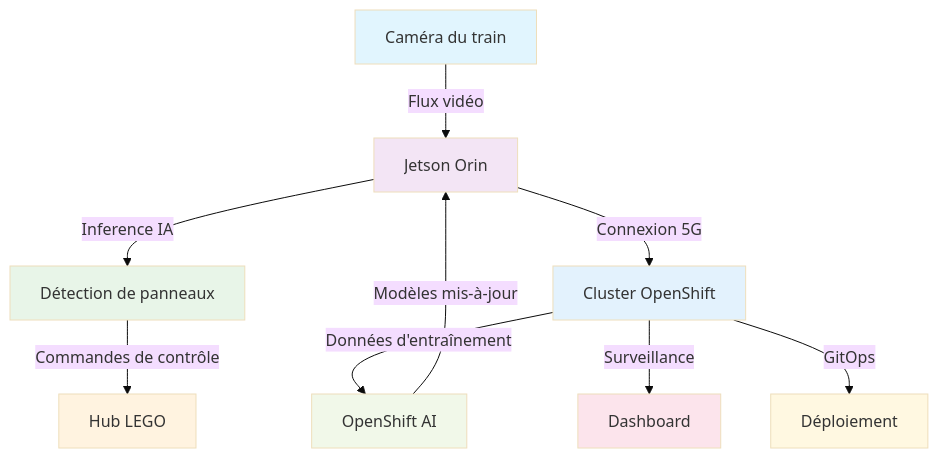
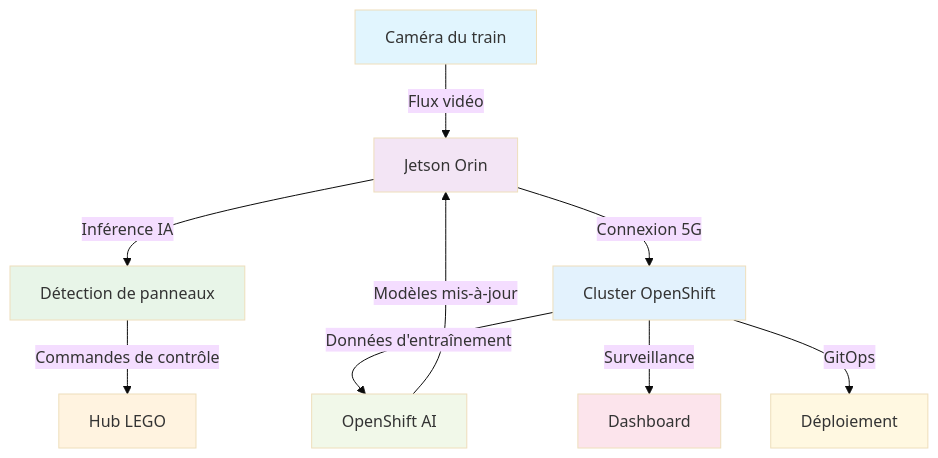
The diagram in content/overview/architecture.fr.md (Demo-AI-Edge-Crazy-Train/lego-summit-connect-2025-lab-statement), drawn with Mermaid (base theme) before and after one commit. The commit also changed other lines of this file, not shown here.

```diff
--- a/content/overview/architecture.fr.md
+++ b/content/overview/architecture.fr.md
@@ -96,20 +96,20 @@
 {{< mermaid >}}
 graph TD
     A[Caméra du train] -->|Flux vidéo| B[Jetson Orin]
-    B -->|Inference IA| C[Détection de panneaux]
+    B -->|Inférence IA| C[Détection de panneaux]
     C -->|Commandes de contrôle| D[Hub LEGO]
     B -->|Connexion 5G| E[Cluster OpenShift]
     E -->|Données d'entraînement| F[OpenShift AI]
     F -->|Modèles mis-à-jour| B
     E -->|Surveillance| G[Dashboard]
     E -->|GitOps| H[Déploiement]
     
     style A fill:#e1f5fe
     style B fill:#f3e5f5
     style C fill:#e8f5e8
     style D fill:#fff3e0
     style E fill:#e3f2fd
     style F fill:#f1f8e9
     style G fill:#fce4ec
     style H fill:#fff8e1
 {{< /mermaid >}}
```
